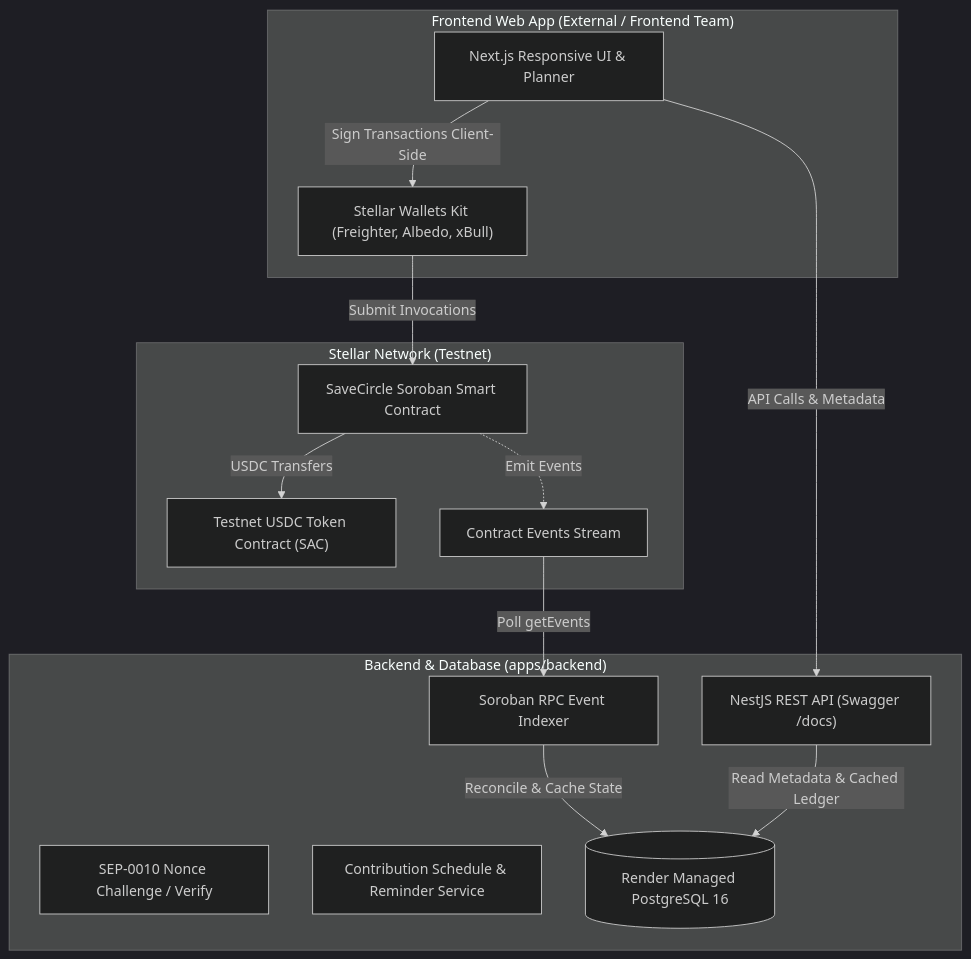
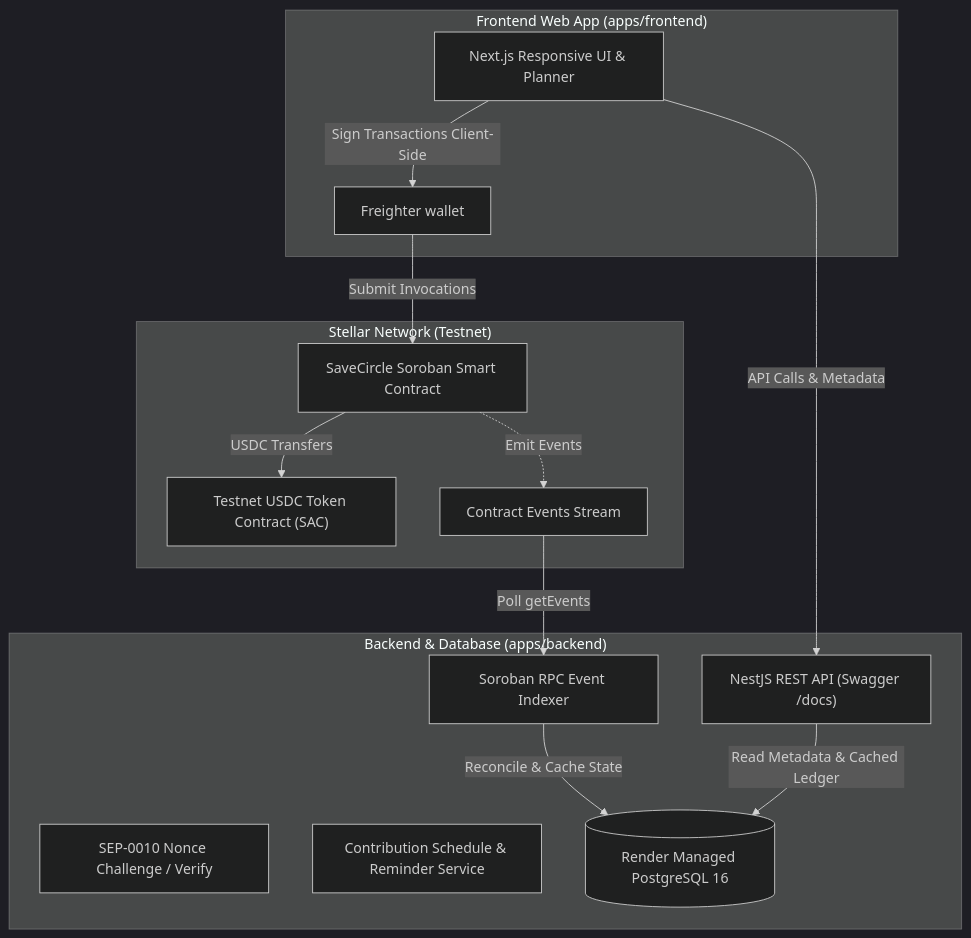
Before and after one commit to martins-ngene/savecircle: the diagram in README.md, drawn with Mermaid (dark theme). The commit also changed other lines of this file and 121 other files, not shown here.

````diff
--- a/README.md
+++ b/README.md
@@ -11,30 +11,30 @@
 ```mermaid
 flowchart TD
-    subgraph Client ["Frontend Web App (External / Frontend Team)"]
+    subgraph Client ["Frontend Web App (apps/frontend)"]
         UI["Next.js Responsive UI & Planner"]
-        SWK["Stellar Wallets Kit (Freighter, Albedo, xBull)"]
+        SWK["Freighter wallet"]
     end
 
     subgraph Backend ["Backend & Database (apps/backend)"]
         API["NestJS REST API (Swagger /docs)"]
         AUTH["SEP-0010 Nonce Challenge / Verify"]
         SCHED["Contribution Schedule & Reminder Service"]
         IDX["Soroban RPC Event Indexer"]
         DB[("Render Managed PostgreSQL 16")]
     end
 
     subgraph Stellar ["Stellar Network (Testnet)"]
         SC["SaveCircle Soroban Smart Contract"]
         USDC["Testnet USDC Token Contract (SAC)"]
         EVTS["Contract Events Stream"]
     end
 
     UI -->|API Calls & Metadata| API
     UI -->|Sign Transactions Client-Side| SWK
     SWK -->|Submit Invocations| SC
     SC -->|USDC Transfers| USDC
     SC -.->|Emit Events| EVTS
     EVTS -->|Poll getEvents| IDX
     IDX -->|Reconcile & Cache State| DB
     API -->|Read Metadata & Cached Ledger| DB
 ```
````
